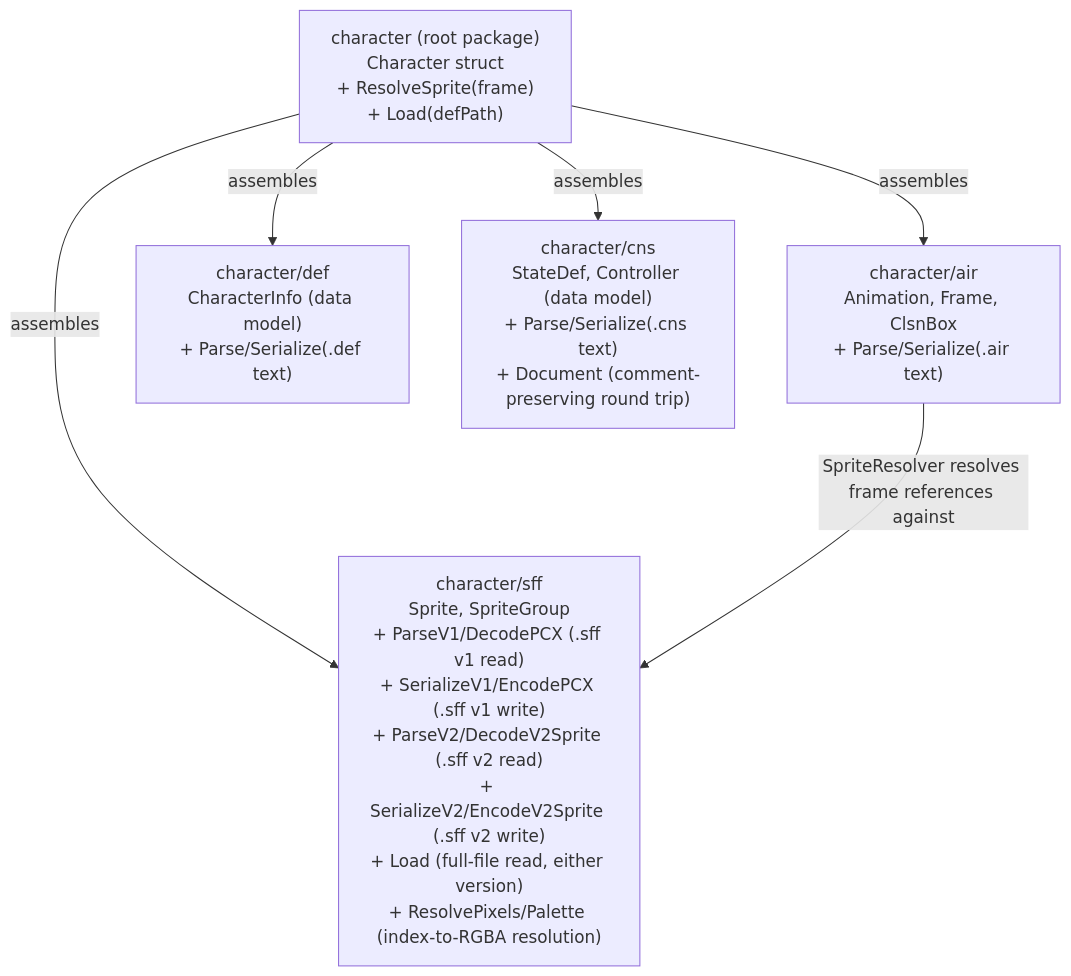
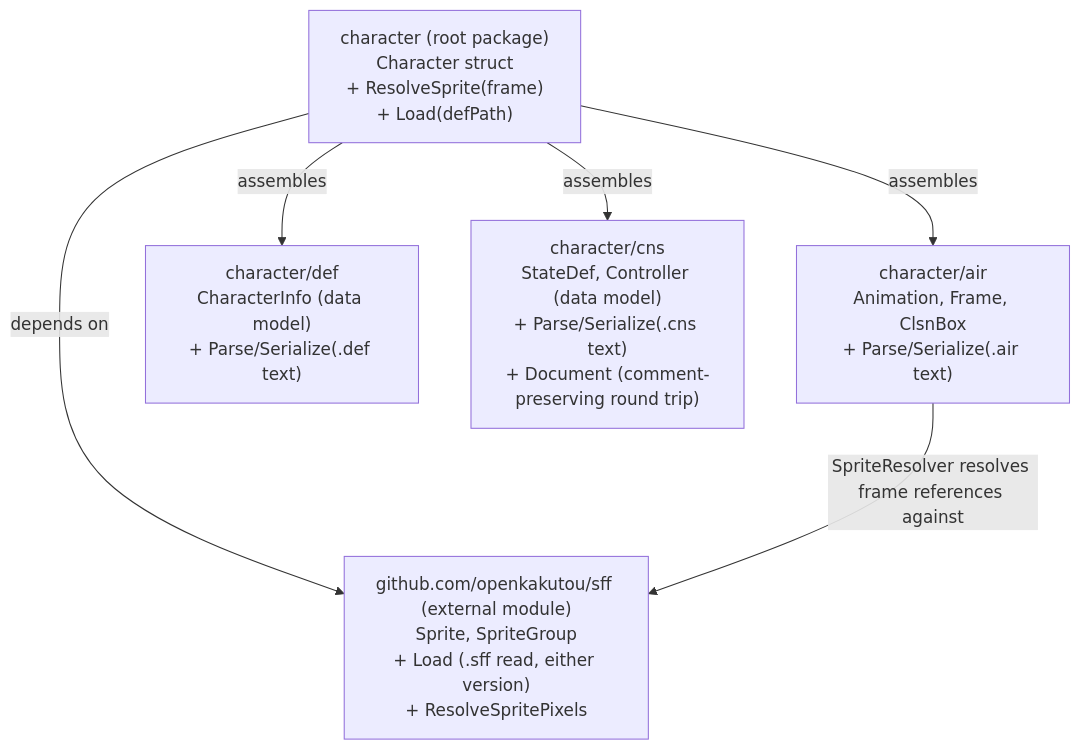
The diagram in docs/architecture.md (openkakutou/character), drawn with Mermaid before and after one commit. The commit also changed other lines of this file and 105 other files, not shown here.

First line of the commit message:
feat: sprite (.sff) file support now comes from the separate, independently published github.com/openkakutou/sff library instead of code bundled inside this project

````diff
--- a/docs/architecture.md
+++ b/docs/architecture.md
@@ -11,14 +12,14 @@
 ```mermaid
 graph TD
     root["character (root package)<br/>Character struct<br/>+ ResolveSprite(frame)<br/>+ Load(defPath)"]
     air["character/air<br/>Animation, Frame, ClsnBox<br/>+ Parse/Serialize(.air text)"]
     def["character/def<br/>CharacterInfo (data model)<br/>+ Parse/Serialize(.def text)"]
-    sff["character/sff<br/>Sprite, SpriteGroup<br/>+ ParseV1/DecodePCX (.sff v1 read)<br/>+ SerializeV1/EncodePCX (.sff v1 write)<br/>+ ParseV2/DecodeV2Sprite (.sff v2 read)<br/>+ SerializeV2/EncodeV2Sprite (.sff v2 write)<br/>+ Load (full-file read, either version)<br/>+ ResolvePixels/Palette (index-to-RGBA resolution)"]
+    sff["github.com/openkakutou/sff (external module)<br/>Sprite, SpriteGroup<br/>+ Load (.sff read, either version)<br/>+ ResolveSpritePixels"]
     cns["character/cns<br/>StateDef, Controller (data model)<br/>+ Parse/Serialize(.cns text)<br/>+ Document (comment-preserving round trip)"]
 
     root -->|assembles| air
     root -->|assembles| def
-    root -->|assembles| sff
     root -->|assembles| cns
+    root -->|depends on| sff
     air -->|SpriteResolver resolves frame references against| sff
 ```
````
